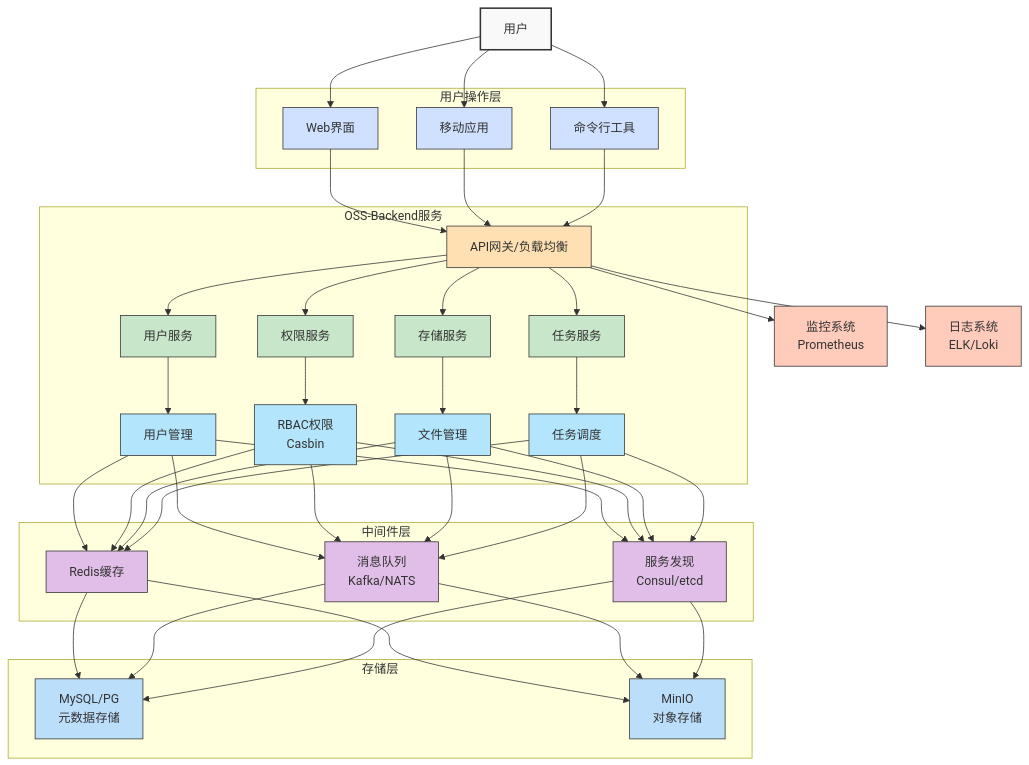
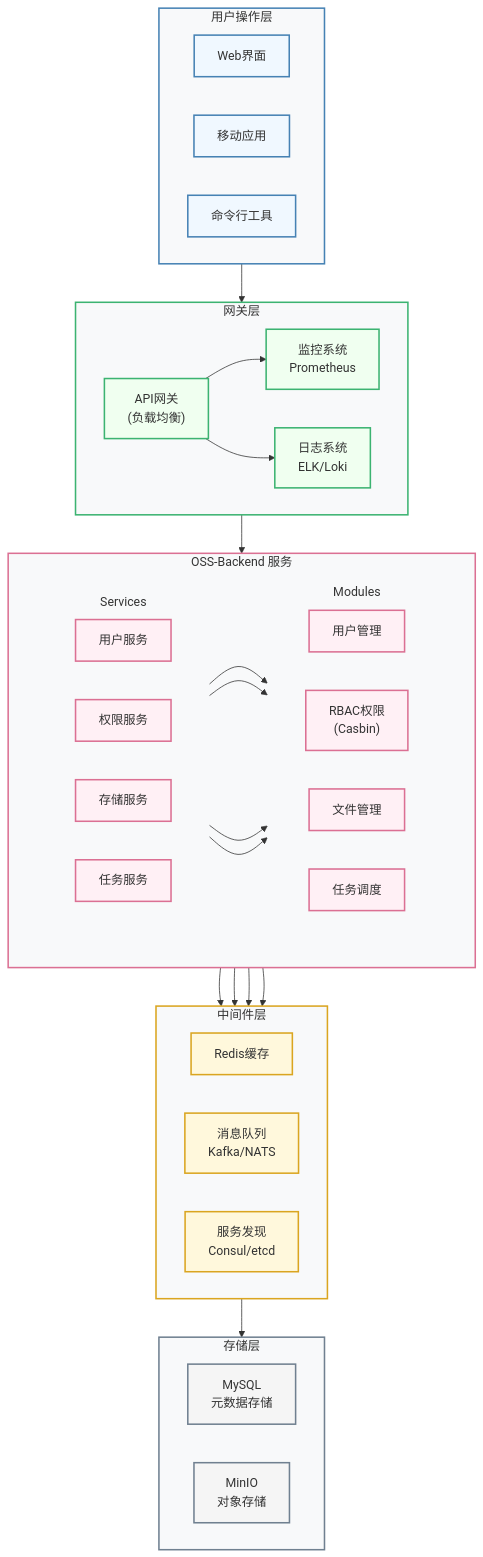
One commit to LeonColes/OSS-BackEnd changed the first of 16 diagrams in docs/architecture.md. Above: the diagram before and after it, drawn with Mermaid. The commit also changed other lines of this file, not shown here.

````diff
--- a/docs/architecture.md
+++ b/docs/architecture.md
@@ -7,84 +7,87 @@
 ```mermaid
-graph TD
-    User[用户] --> WebUI[Web界面]
-    User --> MobileApp[移动应用]
-    User --> CLI[命令行工具]
-    
-    subgraph "用户操作层"
-      WebUI
-      MobileApp
-      CLI
+flowchart TD
+    %% 定义主要层级
+    subgraph 用户操作层
+        direction LR
+        WebUI[Web界面]
+        MobileApp[移动应用]
+        CLI[命令行工具]
     end
     
-    WebUI --> Gateway[API网关/负载均衡]
-    MobileApp --> Gateway
-    CLI --> Gateway
-    
-    Gateway --> Monitor[监控系统\nPrometheus]
-    Gateway --> Logger[日志系统\nELK/Loki]
-    
-    subgraph "OSS-Backend服务"
-      Gateway --> UserSrv[用户服务]
-      Gateway --> AuthSrv[权限服务]
-      Gateway --> StorageSrv[存储服务]
-      Gateway --> TaskSrv[任务服务]
-      
-      UserSrv --> UserMgt[用户管理]
-      AuthSrv --> RBAC[RBAC权限\nCasbin]
-      StorageSrv --> FileMgt[文件管理]
-      TaskSrv --> TaskScheduler[任务调度]
+    subgraph 网关层
+        direction LR
+        Gateway["API网关\n(负载均衡)"]
+        Monitor["监控系统\nPrometheus"]
+        Logger["日志系统\nELK/Loki"]
     end
     
-    subgraph "中间件层"
-      UserMgt --> Redis[Redis缓存]
-      RBAC --> Redis
-      FileMgt --> Redis
-      TaskScheduler --> Redis
-      
-      UserMgt --> MsgQueue[消息队列\nKafka/NATS]
-      RBAC --> MsgQueue
-      FileMgt --> MsgQueue
-      TaskScheduler --> MsgQueue
-      
-      UserMgt --> Discovery[服务发现\nConsul/etcd]
-      RBAC --> Discovery
-      FileMgt --> Discovery
-      TaskScheduler --> Discovery
+    subgraph OSS服务层["OSS-Backend 服务"]
+        direction LR
+        subgraph Services
+            direction LR
+            UserSrv[用户服务]
+            AuthSrv[权限服务]
+            StorageSrv[存储服务]
+            TaskSrv[任务服务]
+        end
+        
+        subgraph Modules
+            direction LR
+            UserMgt[用户管理]
+            RBAC["RBAC权限\n(Casbin)"]
+            FileMgt[文件管理]
+            TaskScheduler[任务调度]
+        end
     end
     
-    subgraph "存储层"
-      Redis --> DB[MySQL/PG\n元数据存储]
-      MsgQueue --> DB
-      Discovery --> DB
-      
-      Redis --> ObjectStore[MinIO\n对象存储]
-      MsgQueue --> ObjectStore
-      Discovery --> ObjectStore
+    subgraph 中间件层
+        direction LR
+        Redis[Redis缓存]
+        MsgQueue["消息队列\nKafka/NATS"]
+        Discovery["服务发现\nConsul/etcd"]
     end
     
-    style User fill:#f9f9f9,stroke:#333,stroke-width:2px
-    style WebUI fill:#d0e0ff,stroke:#333,stroke-width:1px
-    style MobileApp fill:#d0e0ff,stroke:#333,stroke-width:1px
-    style CLI fill:#d0e0ff,stroke:#333,stroke-width:1px
+    subgraph 存储层
+        direction LR
+        DB["MySQL\n元数据存储"]
+        ObjectStore["MinIO\n对象存储"]
+    end
     
-    style Gateway fill:#ffe0b2,stroke:#333,stroke-width:1px
-    style Monitor fill:#ffccbc,stroke:#333,stroke-width:1px
-    style Logger fill:#ffccbc,stroke:#333,stroke-width:1px
+    %% 连接各层组件
+    用户操作层 --> Gateway
     
-    style UserSrv fill:#c8e6c9,stroke:#333,stroke-width:1px
-    style AuthSrv fill:#c8e6c9,stroke:#333,stroke-width:1px
-    style StorageSrv fill:#c8e6c9,stroke:#333,stroke-width:1px
-    style TaskSrv fill:#c8e6c9,stroke:#333,stroke-width:1px
+    Gateway --> Monitor
+    Gateway --> Logger
+    Gateway --> Services
     
-    style UserMgt fill:#b3e5fc,stroke:#333,stroke-width:1px
-    style RBAC fill:#b3e5fc,stroke:#333,stroke-width:1px
-    style FileMgt fill:#b3e5fc,stroke:#333,stroke-width:1px
-    style TaskScheduler fill:#b3e5fc,stroke:#333,stroke-width:1px
+    UserSrv --> UserMgt
+    AuthSrv --> RBAC
+    StorageSrv --> FileMgt
+    TaskSrv --> TaskScheduler
     
-    style Redis fill:#e1bee7,stroke:#333,stroke-width:1px
-    style MsgQueue fill:#e1bee7,stroke:#333,stroke-width:1px
-    style Discovery fill:#e1bee7,stroke:#333,stroke-width:1px
+    UserMgt & RBAC & FileMgt & TaskScheduler --> 中间件层
     
-    style DB fill:#bbdefb,stroke:#333,stroke-width:1px
-    style ObjectStore fill:#bbdefb,stroke:#333,stroke-width:1px
+    中间件层 --> 存储层
+    
+    %% 样式设置 - 使用更明亮的配色
+    classDef userLayer fill:#f0f8ff,stroke:#4682b4,stroke-width:2px,color:#333
+    classDef gatewayLayer fill:#f0fff0,stroke:#3cb371,stroke-width:2px,color:#333
+    classDef serviceLayer fill:#fff0f5,stroke:#db7093,stroke-width:2px,color:#333
+    classDef middlewareLayer fill:#fff8dc,stroke:#daa520,stroke-width:2px,color:#333
+    classDef storageLayer fill:#f5f5f5,stroke:#708090,stroke-width:2px,color:#333
+    
+    class WebUI,MobileApp,CLI userLayer
+    class Gateway,Monitor,Logger gatewayLayer
+    class UserSrv,AuthSrv,StorageSrv,TaskSrv,UserMgt,RBAC,FileMgt,TaskScheduler serviceLayer
+    class Redis,MsgQueue,Discovery middlewareLayer
+    class DB,ObjectStore storageLayer
+    
+    %% 设置子图样式 - 明亮背景
+    style 用户操作层 fill:#f8f9fa,stroke:#4682b4,stroke-width:2px,color:#333
+    style 网关层 fill:#f8f9fa,stroke:#3cb371,stroke-width:2px,color:#333
+    style OSS服务层 fill:#f8f9fa,stroke:#db7093,stroke-width:2px,color:#333
+    style 中间件层 fill:#f8f9fa,stroke:#daa520,stroke-width:2px,color:#333
+    style 存储层 fill:#f8f9fa,stroke:#708090,stroke-width:2px,color:#333
+    style Services fill:none,stroke:none
+    style Modules fill:none,stroke:none
 ```
````
